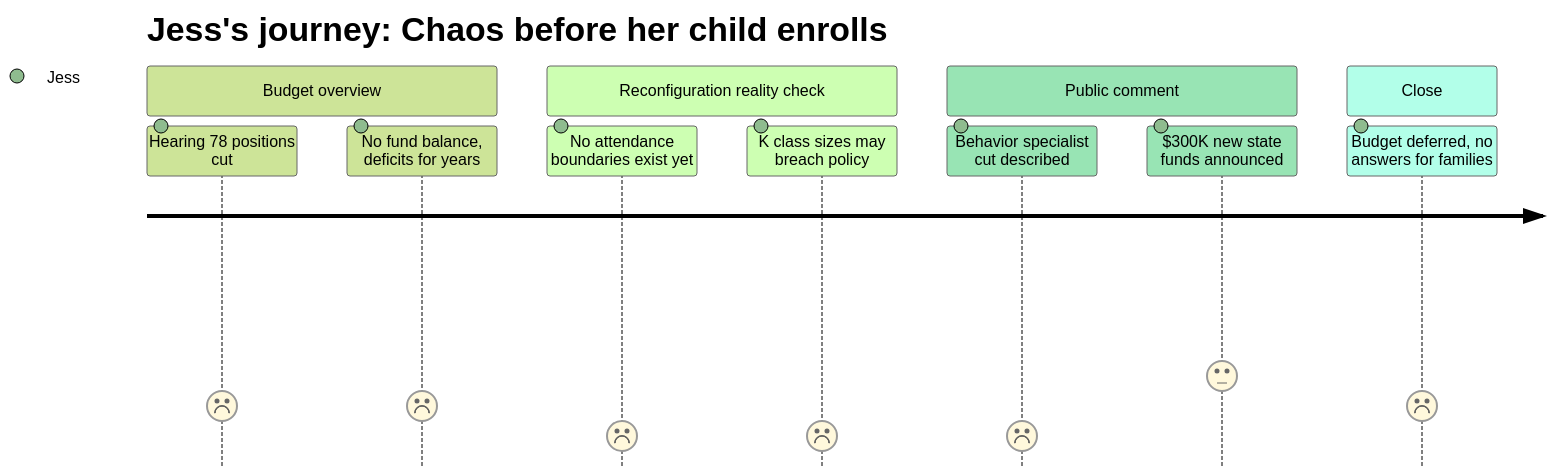
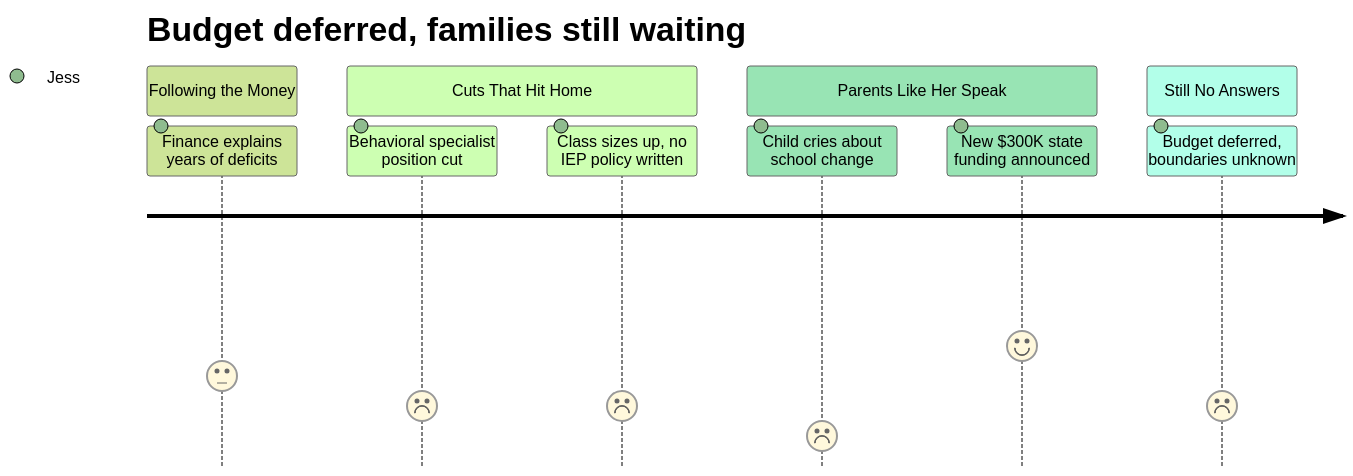
The diagram in data/interpretation/meetings/2026-04-02-school-board/PERSONA-003.md (cristoslc/2026-south-portland-school-budget), drawn with Mermaid (forest theme) before and after one commit. The commit also changed other lines of this file and 124 other files, not shown here.

````diff
--- a/data/interpretation/meetings/2026-04-02-school-board/PERSONA-003.md
+++ b/data/interpretation/meetings/2026-04-02-school-board/PERSONA-003.md
@@ -77,15 +70,14 @@
 ```mermaid
 journey
-    title Jess's journey: Chaos before her child enrolls
-    section Budget overview
-        Hearing 78 positions cut: 2: Jess
-        No fund balance, deficits for years: 2: Jess
-    section Reconfiguration reality check
-        No attendance boundaries exist yet: 1: Jess
-        K class sizes may breach policy: 1: Jess
-    section Public comment
-        Behavior specialist cut described: 1: Jess
-        $300K new state funds announced: 3: Jess
-    section Close
-        Budget deferred, no answers for families: 2: Jess
+    title Budget deferred, families still waiting
+    section Following the Money
+        Finance explains years of deficits: 3: Jess
+    section Cuts That Hit Home
+        Behavioral specialist position cut: 2: Jess
+        Class sizes up, no IEP policy written: 2: Jess
+    section Parents Like Her Speak
+        Child cries about school change: 1: Jess
+        New $300K state funding announced: 4: Jess
+    section Still No Answers
+        Budget deferred, boundaries unknown: 2: Jess
 ```
````
